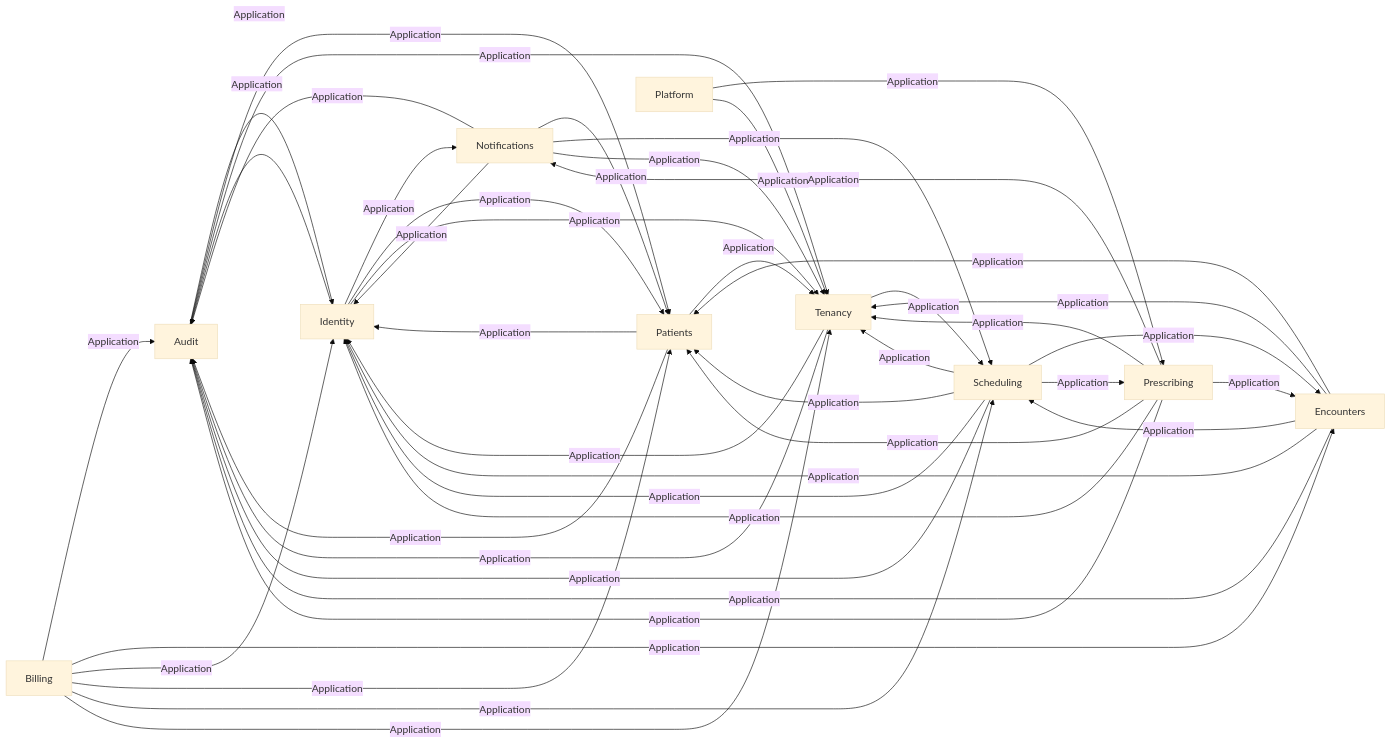
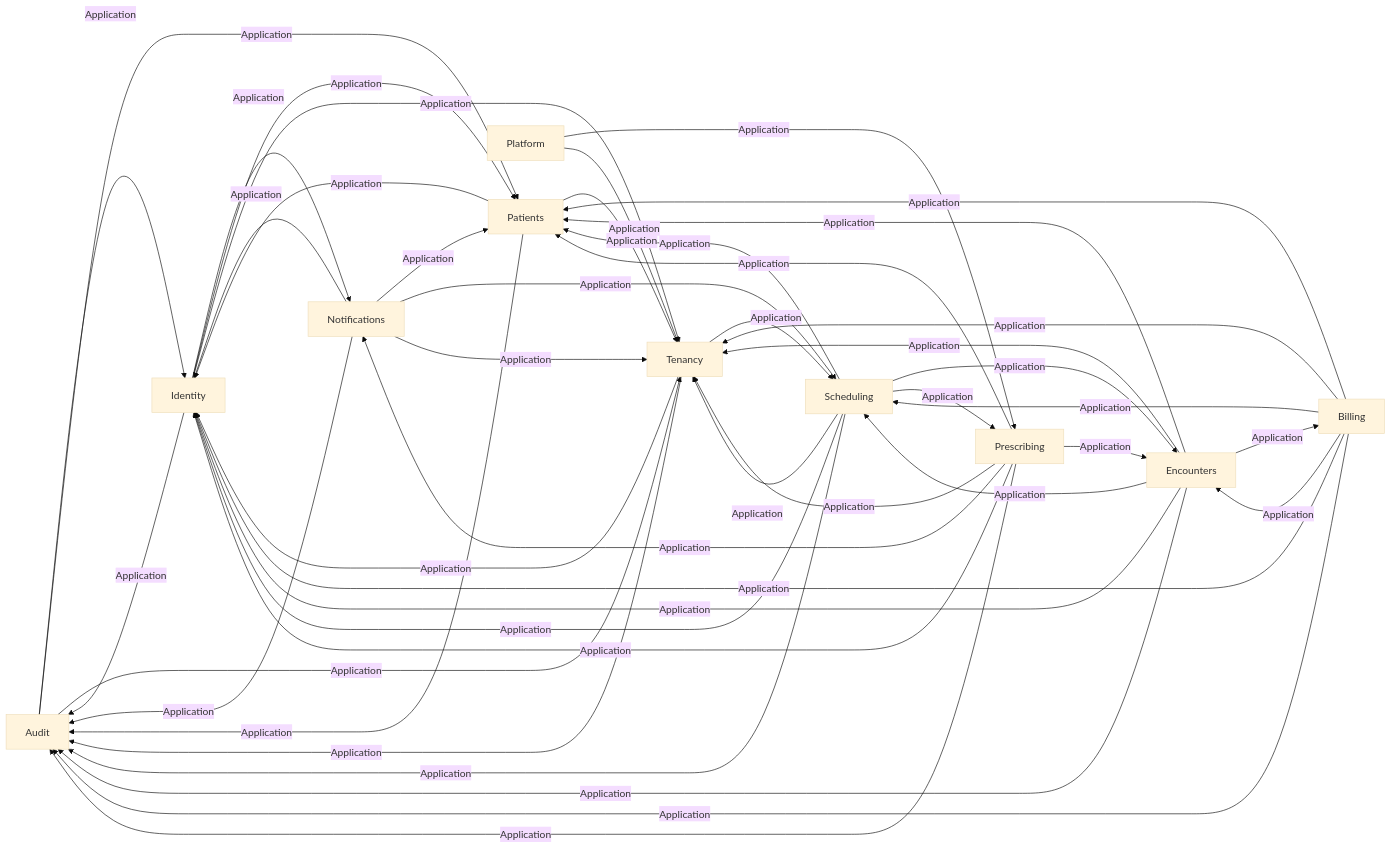
Before and after one commit to ALFRED-LUCIFER/medvya: the second of 14 diagrams in docs/03-architecture/erd.md, drawn with Mermaid (base theme). The commit also changed other lines of this file and 67 other files, not shown here.

First line of the commit message:
MDV-P8-E02: dental pack part 1 — tooth chart, treatment plan and estimate, bill lines, dental services, PDF (#1437)

````diff
--- a/docs/03-architecture/erd.md
+++ b/docs/03-architecture/erd.md
@@ -56,46 +56,47 @@
 ```mermaid
 flowchart LR
   Audit -->|"Application"| Identity
   Audit -->|"Application"| Patients
   Audit -->|"Application"| Tenancy
   Billing -->|"Application"| Audit
   Billing -->|"Application"| Encounters
   Billing -->|"Application"| Identity
   Billing -->|"Application"| Patients
   Billing -->|"Application"| Scheduling
   Billing -->|"Application"| Tenancy
   Encounters -->|"Application"| Audit
+  Encounters -->|"Application"| Billing
   Encounters -->|"Application"| Identity
   Encounters -->|"Application"| Patients
   Encounters -->|"Application"| Scheduling
   Encounters -->|"Application"| Tenancy
   Identity -->|"Application"| Audit
   Identity -->|"Application"| Notifications
   Identity -->|"Application"| Patients
   Identity -->|"Application"| Tenancy
   Notifications -->|"Application"| Audit
   Notifications -->|"Application"| Identity
   Notifications -->|"Application"| Patients
   Notifications -->|"Application"| Scheduling
   Notifications -->|"Application"| Tenancy
   Patients -->|"Application"| Audit
   Patients -->|"Application"| Identity
   Patients -->|"Application"| Tenancy
   Platform -->|"Application"| Prescribing
   Platform -->|"Application"| Tenancy
   Prescribing -->|"Application"| Audit
   Prescribing -->|"Application"| Encounters
   Prescribing -->|"Application"| Identity
   Prescribing -->|"Application"| Notifications
   Prescribing -->|"Application"| Patients
   Prescribing -->|"Application"| Tenancy
   Scheduling -->|"Application"| Audit
   Scheduling -->|"Application"| Encounters
   Scheduling -->|"Application"| Identity
   Scheduling -->|"Application"| Patients
   Scheduling -->|"Application"| Prescribing
   Scheduling -->|"Application"| Tenancy
   Tenancy -->|"Application"| Audit
   Tenancy -->|"Application"| Identity
   Tenancy -->|"Application"| Scheduling
 ```
````
